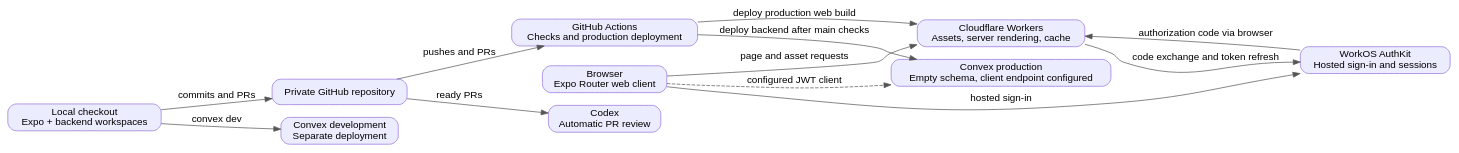
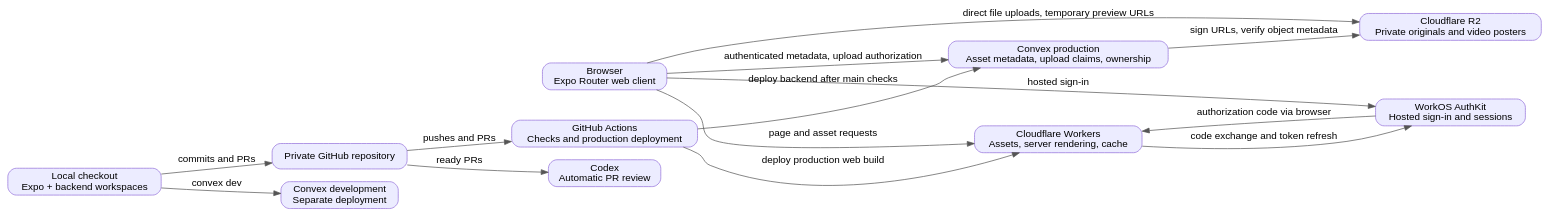
Before and after one commit to pbanuru/clearpath_compliance_marketing: the diagram in docs/architecture.dot, drawn with Graphviz. The commit also changed 26 other files, not shown here.

Commit message:
Add private typed assets with direct media uploads and video posters

```diff
--- a/docs/architecture.dot
+++ b/docs/architecture.dot
@@ -1,25 +1,28 @@
 digraph clearpath {
   rankdir=LR; compound=true; bgcolor="white"; fontname="Helvetica";
   node [shape=box, style="rounded,filled", fillcolor="#ECECFF", color="#9370DB", fontname="Helvetica"];
   edge [fontname="Helvetica", color="#555555"];
   browser [label="Browser\nExpo Router web client"];
   cloudflare [label="Cloudflare Workers\nAssets, server rendering, cache"];
-  convex [label="Convex production\nEmpty schema, client endpoint configured"];
+  convex [label="Convex production\nAsset metadata, upload claims, ownership"];
+  r2 [label="Cloudflare R2\nPrivate originals and video posters"];
   dev [label="Convex development\nSeparate deployment"];
   local [label="Local checkout\nExpo + backend workspaces"];
   github [label="Private GitHub repository"];
   ci [label="GitHub Actions\nChecks and production deployment"];
   codex [label="Codex\nAutomatic PR review"];
   workos [label="WorkOS AuthKit\nHosted sign-in and sessions"];
   browser -> cloudflare [label="page and asset requests"];
-  browser -> convex [style=dashed, label="configured JWT client"];
+  browser -> convex [label="authenticated metadata, upload authorization"];
+  browser -> r2 [label="direct file uploads, temporary preview URLs"];
+  convex -> r2 [label="sign URLs, verify object metadata"];
   browser -> workos [label="hosted sign-in"];
   workos -> cloudflare [label="authorization code via browser"];
   cloudflare -> workos [label="code exchange and token refresh"];
   local -> dev [label="convex dev"];
   ci -> convex [label="deploy backend after main checks"];
   ci -> cloudflare [label="deploy production web build"];
   local -> github [label="commits and PRs"];
   github -> ci [label="pushes and PRs"];
   github -> codex [label="ready PRs"];
 }
```
